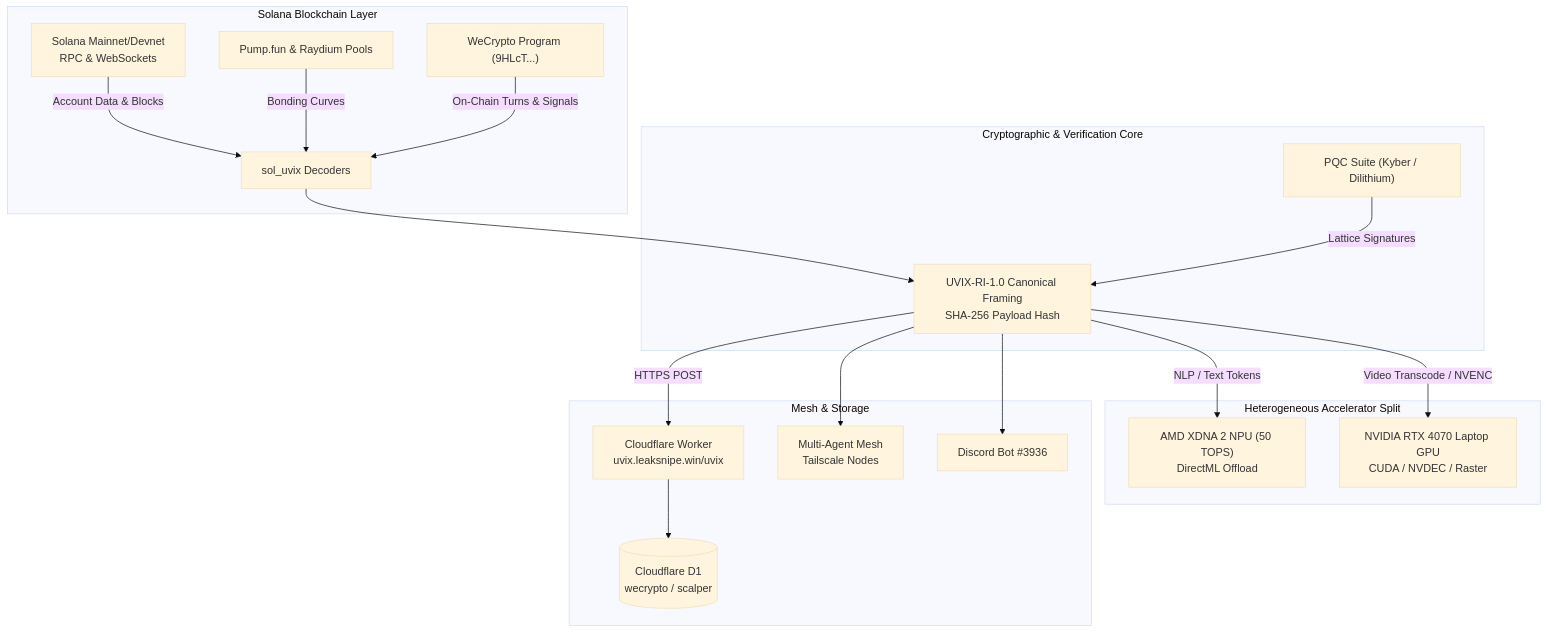
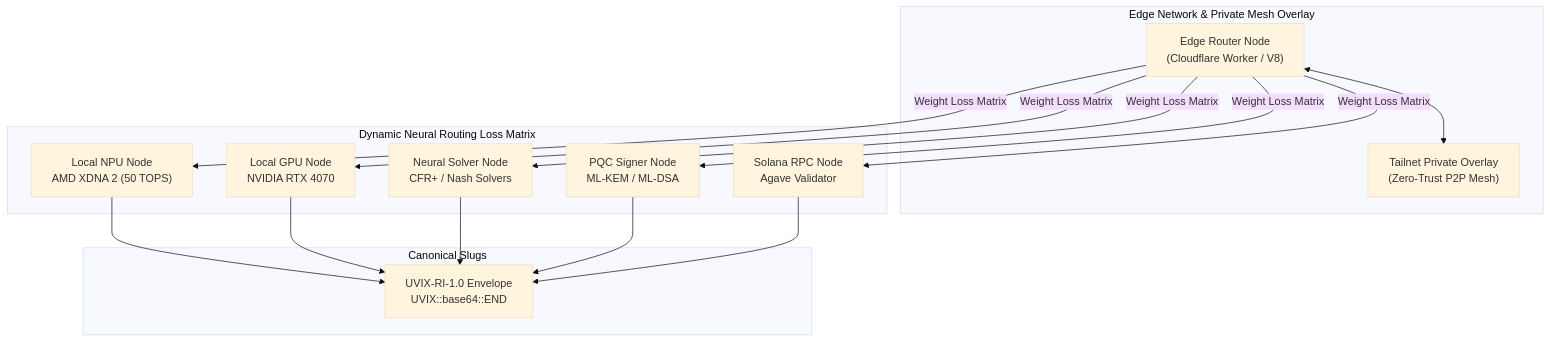
One commit to MauroMarkNaz/SOL-UVIX changed the diagram in README.md. Above: the diagram before and after it, drawn with Mermaid (base theme). The commit also changed other lines of this file and 59 other files, not shown here.

Commit message:
feat(mesh): nest into modular core architecture with neural mesh topology & sanitized tailnet template

````diff
--- a/README.md
+++ b/README.md
@@ -70,25 +73,24 @@
 ```mermaid
 flowchart TD
-    subgraph Ingestion ["Solana Blockchain Layer"]
-        A["Solana Mainnet/Devnet<br/>RPC & WebSockets"] -->|Account Data & Blocks| B["sol_uvix Decoders"]
-        P["Pump.fun & Raydium Pools"] -->|Bonding Curves| B
-        WC["WeCrypto Program (9HLcT...)"] -->|On-Chain Turns & Signals| B
+    subgraph EdgeOverlay ["Edge Network & Private Mesh Overlay"]
+        EW["Edge Router Node<br/>(Cloudflare Worker / V8)"]
+        TS["Tailnet Private Overlay<br/>(Zero-Trust P2P Mesh)"]
+        EW <--> TS
     end
 
-    subgraph Security ["Cryptographic & Verification Core"]
-        B --> E["UVIX-RI-1.0 Canonical Framing<br/>SHA-256 Payload Hash"]
-        PQC["PQC Suite (Kyber / Dilithium)"] -->|Lattice Signatures| E
+    subgraph NeuralMatrix ["Dynamic Neural Routing Loss Matrix"]
+        EW -->|Weight Loss Matrix| NPU["Local NPU Node<br/>AMD XDNA 2 (50 TOPS)"]
+        EW -->|Weight Loss Matrix| GPU["Local GPU Node<br/>NVIDIA RTX 4070"]
+        EW -->|Weight Loss Matrix| CFR["Neural Solver Node<br/>CFR+ / Nash Solvers"]
+        EW -->|Weight Loss Matrix| PQC["PQC Signer Node<br/>ML-KEM / ML-DSA"]
+        EW -->|Weight Loss Matrix| SOL["Solana RPC Node<br/>Agave Validator"]
     end
 
-    subgraph Hardware ["Heterogeneous Accelerator Split"]
-        E -->|NLP / Text Tokens| NPU["AMD XDNA 2 NPU (50 TOPS)<br/>DirectML Offload"]
-        E -->|Video Transcode / NVENC| GPU["NVIDIA RTX 4070 Laptop GPU<br/>CUDA / NVDEC / Raster"]
-    end
-
-    subgraph Dispatch ["Mesh & Storage"]
-        E -->|HTTPS POST| F["Cloudflare Worker<br/>uvix.leaksnipe.win/uvix"]
-        F --> D1[("Cloudflare D1<br/>wecrypto / scalper")]
-        E --> MESH["Multi-Agent Mesh<br/>Tailscale Nodes"]
-        E --> DISCORD["Discord Bot #3936"]
+    subgraph Envelopes ["Canonical Slugs"]
+        NPU --> SLUG["UVIX-RI-1.0 Envelope<br/>UVIX::base64::END"]
+        GPU --> SLUG
+        CFR --> SLUG
+        PQC --> SLUG
+        SOL --> SLUG
     end
 ```
````
